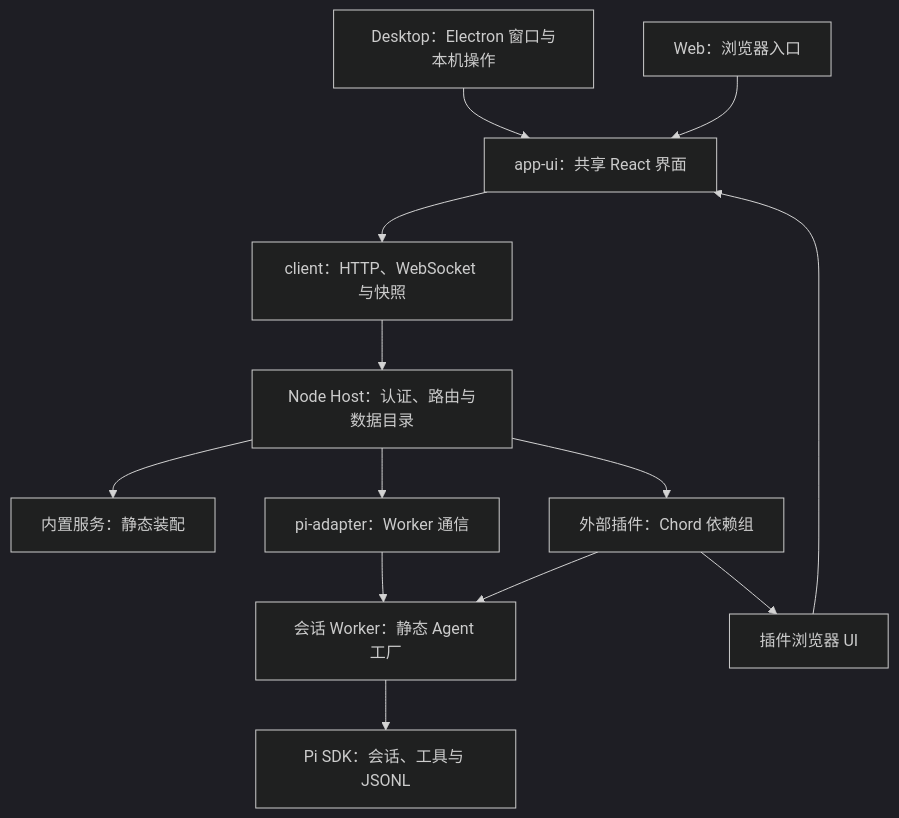
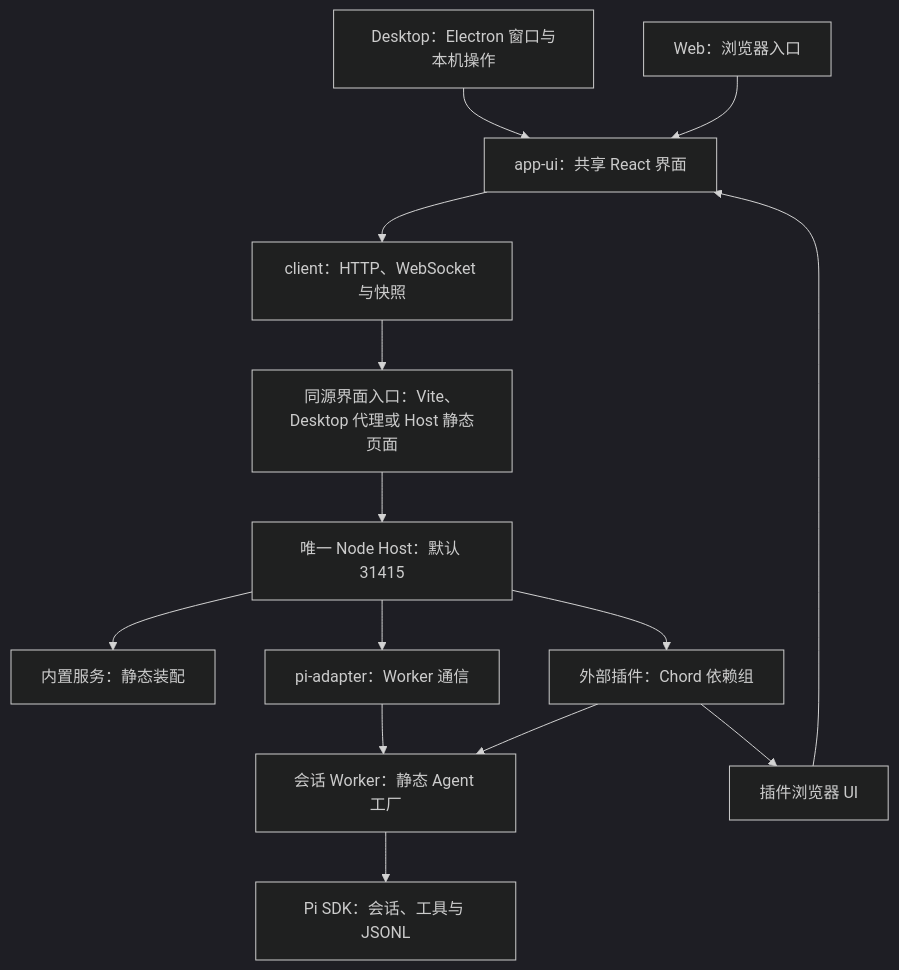
One commit to xidongdong-153/Pi-meme changed the diagram in docs/architecture.md. Above: the diagram before and after it, drawn with Mermaid. The commit also changed other lines of this file and 46 other files, not shown here.

First line of the commit message:
feat(host): 支持 Web 与 Desktop 共用本机 Host

````diff
--- a/docs/architecture.md
+++ b/docs/architecture.md
@@ -33,16 +33,17 @@
 ```mermaid
 %%{init: {"theme": "dark"}}%%
 flowchart TD
   Desktop["Desktop：Electron 窗口与本机操作"] --> App["app-ui：共享 React 界面"]
   Web["Web：浏览器入口"] --> App
   App --> Client["client：HTTP、WebSocket 与快照"]
-  Client --> Host["Node Host：认证、路由与数据目录"]
+  Client --> Entry["同源界面入口：Vite、Desktop 代理或 Host 静态页面"]
+  Entry --> Host["唯一 Node Host：默认 31415"]
   Host --> Builtins["内置服务：静态装配"]
   Host --> Plugins["外部插件：Chord 依赖组"]
   Host --> Adapter["pi-adapter：Worker 通信"]
   Adapter --> Worker["会话 Worker：静态 Agent 工厂"]
   Worker --> Pi["Pi SDK：会话、工具与 JSONL"]
   Plugins --> Worker
   Plugins --> UiPlugins["插件浏览器 UI"]
   UiPlugins --> App
 ```
````
